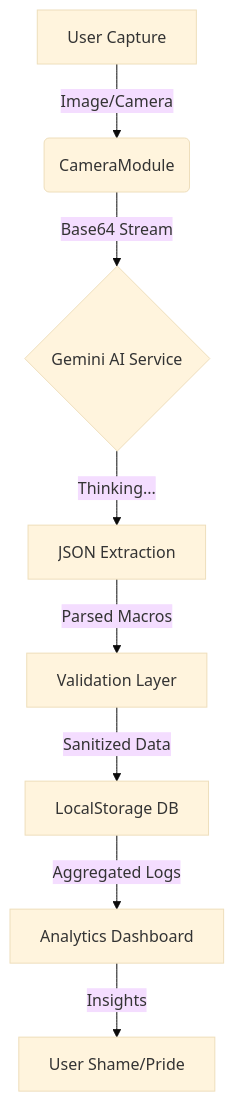
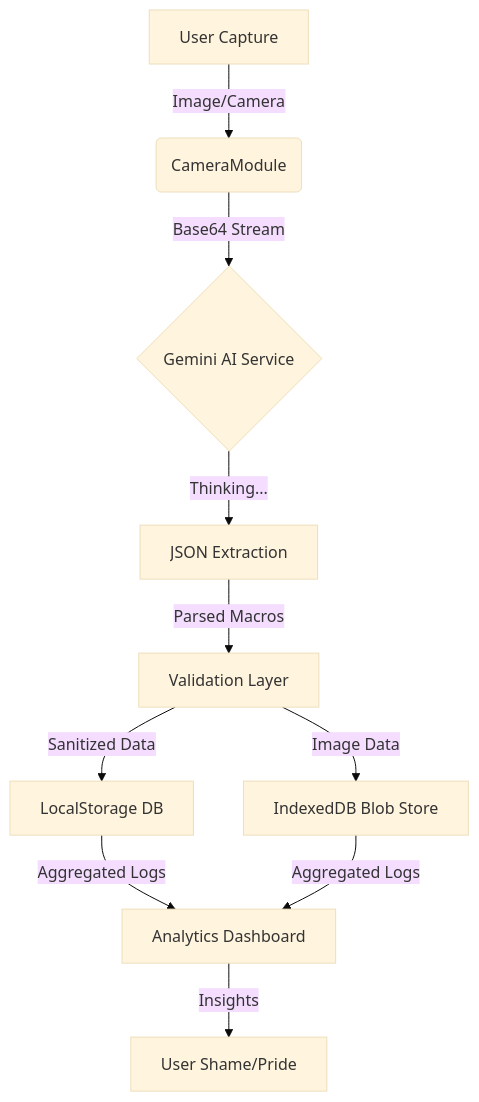
The diagram in README.md (Kaelith69/NutriVision), drawn with Mermaid (base theme) before and after one commit. The commit also changed other lines of this file and 1 other file, not shown here.

Commit message:
feat: Upgrade AI model to Gemini 1.5 Flash, implement IndexedDB for image storage, and refine deployment instructions with unique Surge domains.

````diff
--- a/README.md
+++ b/README.md
@@ -61,10 +62,11 @@
 ```mermaid
 graph TD
     A[User Capture] -->|Image/Camera| B(CameraModule)
     B -->|Base64 Stream| C{Gemini AI Service}
     C -->|Thinking...| D[JSON Extraction]
     D -->|Parsed Macros| E[Validation Layer]
     E -->|Sanitized Data| F[LocalStorage DB]
-    F -->|Aggregated Logs| G[Analytics Dashboard]
-    G -->|Insights| H[User Shame/Pride]
+    E -->|Image Data| G[IndexedDB Blob Store]
+    F & G -->|Aggregated Logs| H[Analytics Dashboard]
+    H -->|Insights| I[User Shame/Pride]
 ```
````
